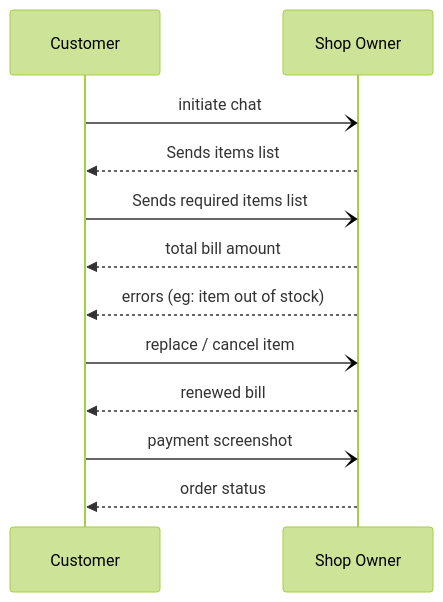
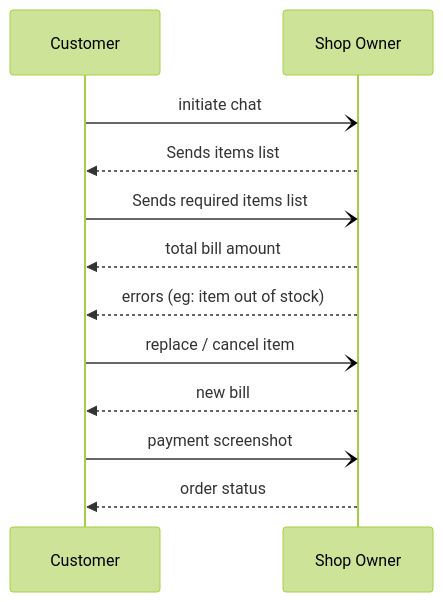
The second of 5 diagrams in Diagrams/Diagram_Only.md (004Ajay/The-Accidental-CTO), drawn with Mermaid (forest theme) before and after one commit. The commit also changed other lines of this file and 3 other files, not shown here.

````diff
--- a/Diagrams/Diagram_Only.md
+++ b/Diagrams/Diagram_Only.md
@@ -25,16 +25,16 @@
 ```mermaid
 %%{init: {'flowchart': {'htmlLabels': false,}}}%%
 
 sequenceDiagram
     
     Customer-)Shop Owner: initiate chat
     Shop Owner-->>Customer: Sends items list
     Customer-)Shop Owner: Sends required items list
     Shop Owner-->>Customer: total bill amount
     Shop Owner-->>Customer: errors (eg: item out of stock)
     Customer-)Shop Owner: replace / cancel item
-    Shop Owner-->>Customer: renewed bill
+    Shop Owner-->>Customer: new bill
     Customer-)Shop Owner: payment screenshot
     Shop Owner-->>Customer: order status
 
 ```
````
